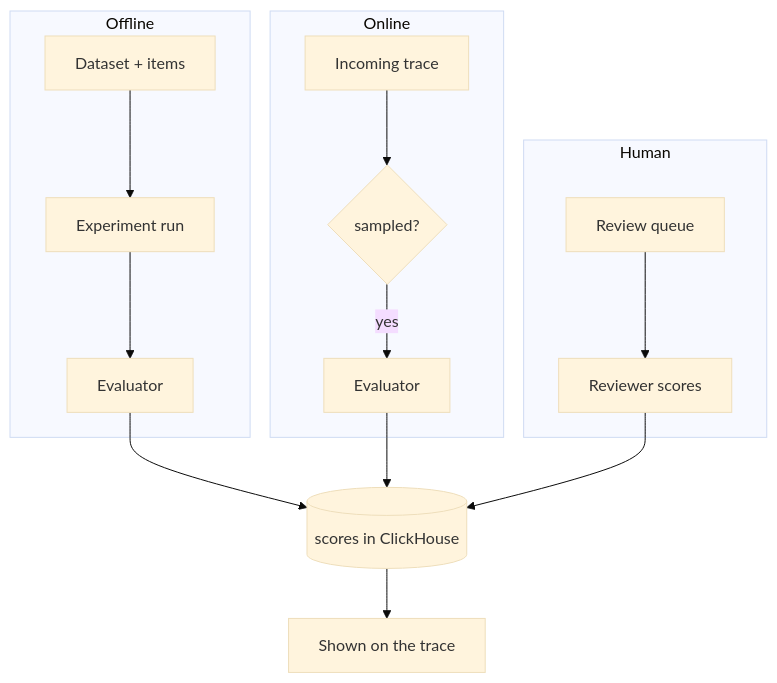
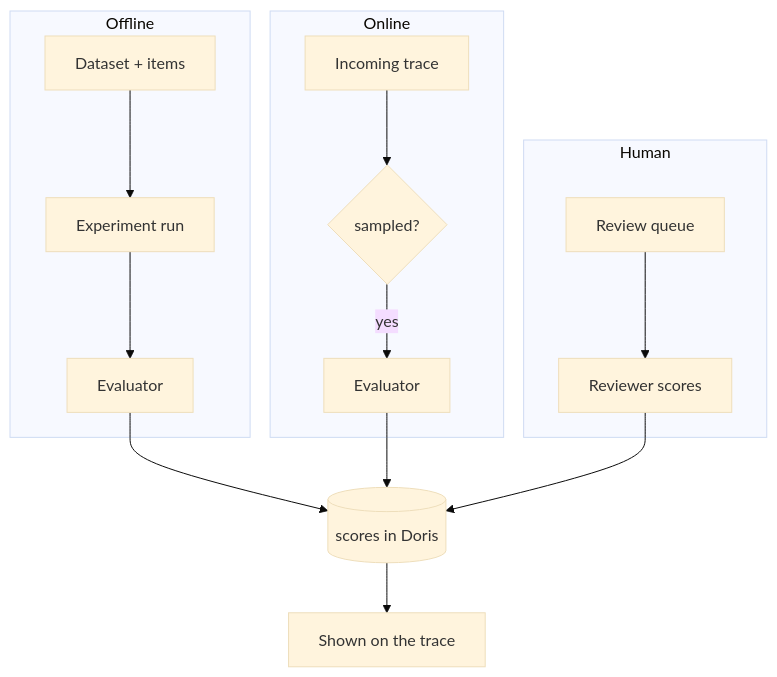
One commit to memoturn/memoturn changed the diagram in docs/evaluation.md. Above: the diagram before and after it, drawn with Mermaid (base theme). The commit also changed other lines of this file and 41 other files, not shown here.

````diff
--- a/docs/evaluation.md
+++ b/docs/evaluation.md
@@ -6,16 +6,16 @@
 ```mermaid
 flowchart TD
   subgraph offline[Offline]
     ds[Dataset + items] --> run[Experiment run] --> ev1[Evaluator]
   end
   subgraph online[Online]
     ing[Incoming trace] --> sample{sampled?} -->|yes| ev2[Evaluator]
   end
   subgraph human[Human]
     q[Review queue] --> rev[Reviewer scores]
   end
-  ev1 --> score[(scores in ClickHouse)]
+  ev1 --> score[(scores in Doris)]
   ev2 --> score
   rev --> score
   score --> trace[Shown on the trace]
 ```
````
